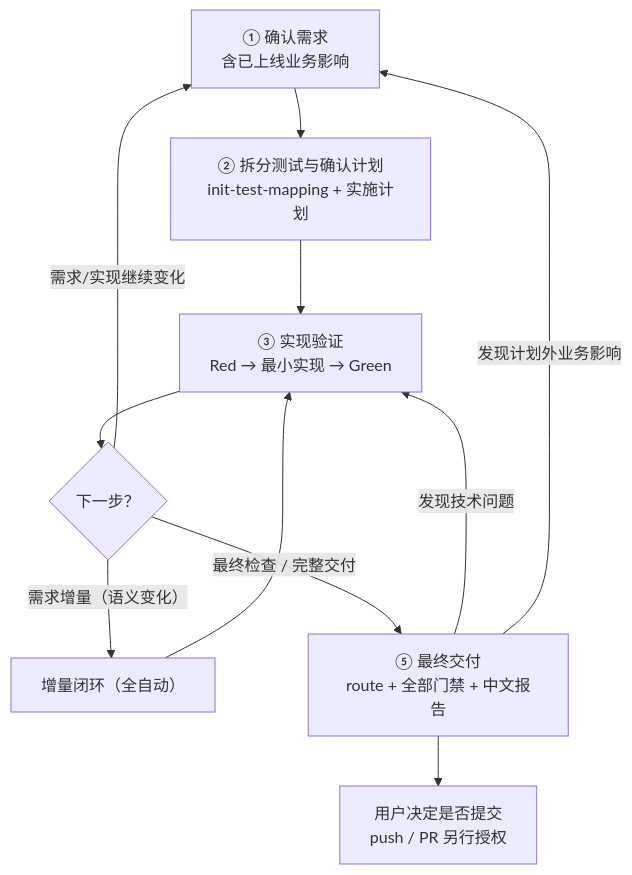
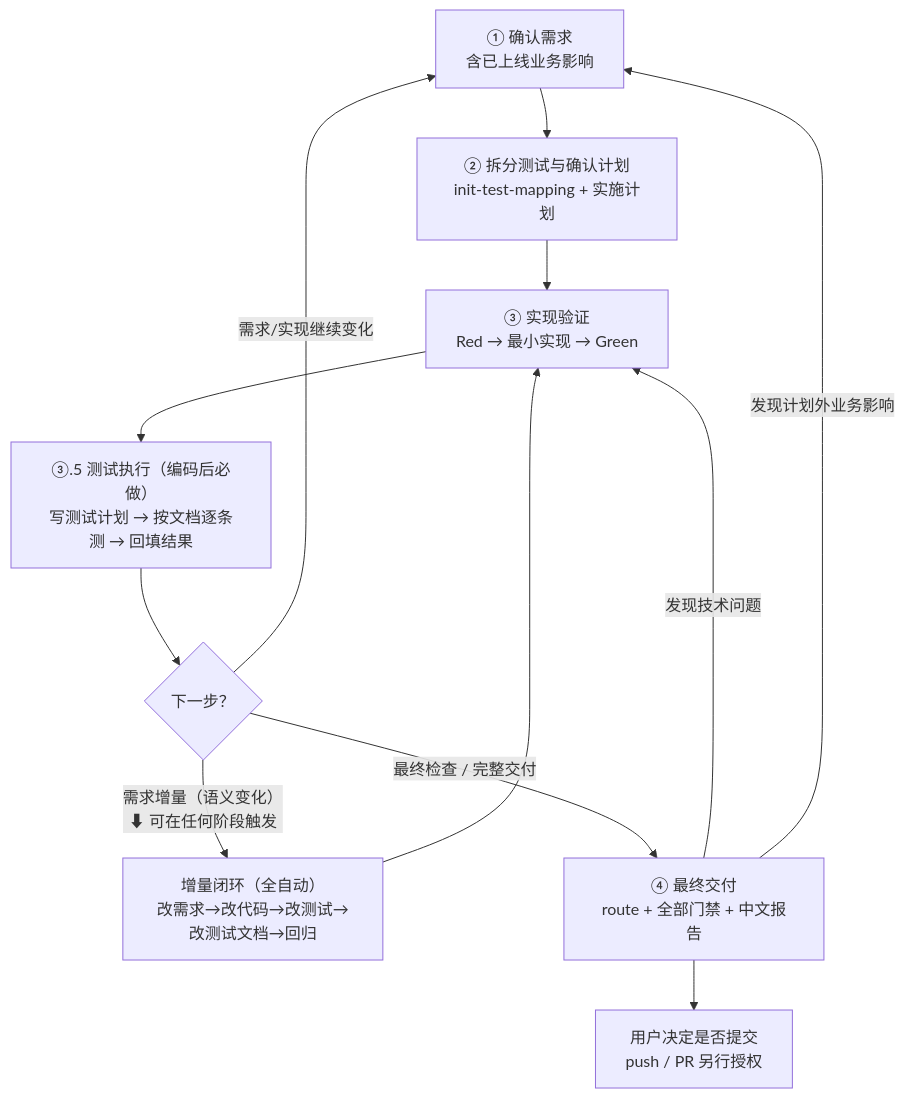
Before and after one commit to yejuntian/android-delivery-skills: the first of 10 diagrams in FLOW_DIAGRAMS.md, drawn with Mermaid. The commit also changed other lines of this file and 2 other files, not shown here.

````diff
--- a/FLOW_DIAGRAMS.md
+++ b/FLOW_DIAGRAMS.md
@@ -21,13 +21,14 @@
 ```mermaid
 flowchart TD
     S1["① 确认需求<br/>含已上线业务影响"] --> S2["② 拆分测试与确认计划<br/>init-test-mapping + 实施计划"]
     S2 --> S3["③ 实现验证<br/>Red → 最小实现 → Green"]
-    S3 --> S4{"下一步？"}
+    S3 --> S3A["③.5 测试执行（编码后必做）<br/>写测试计划 → 按文档逐条测 → 回填结果"]
+    S3A --> S4{"下一步？"}
     S4 -- "需求/实现继续变化" --> S1
-    S4 -- "需求增量（语义变化）" --> S5["增量闭环（全自动）"]
+    S4 -- "需求增量（语义变化）<br/>⬇ 可在任何阶段触发" --> S5["增量闭环（全自动）<br/>改需求→改代码→改测试→改测试文档→回归"]
     S5 --> S3
-    S4 -- "最终检查 / 完整交付" --> S6["⑤ 最终交付<br/>route + 全部门禁 + 中文报告"]
+    S4 -- "最终检查 / 完整交付" --> S6["④ 最终交付<br/>route + 全部门禁 + 中文报告"]
     S6 -- "发现技术问题" --> S3
     S6 -- "发现计划外业务影响" --> S1
     S6 --> S7["用户决定是否提交<br/>push / PR 另行授权"]
 ```
````
